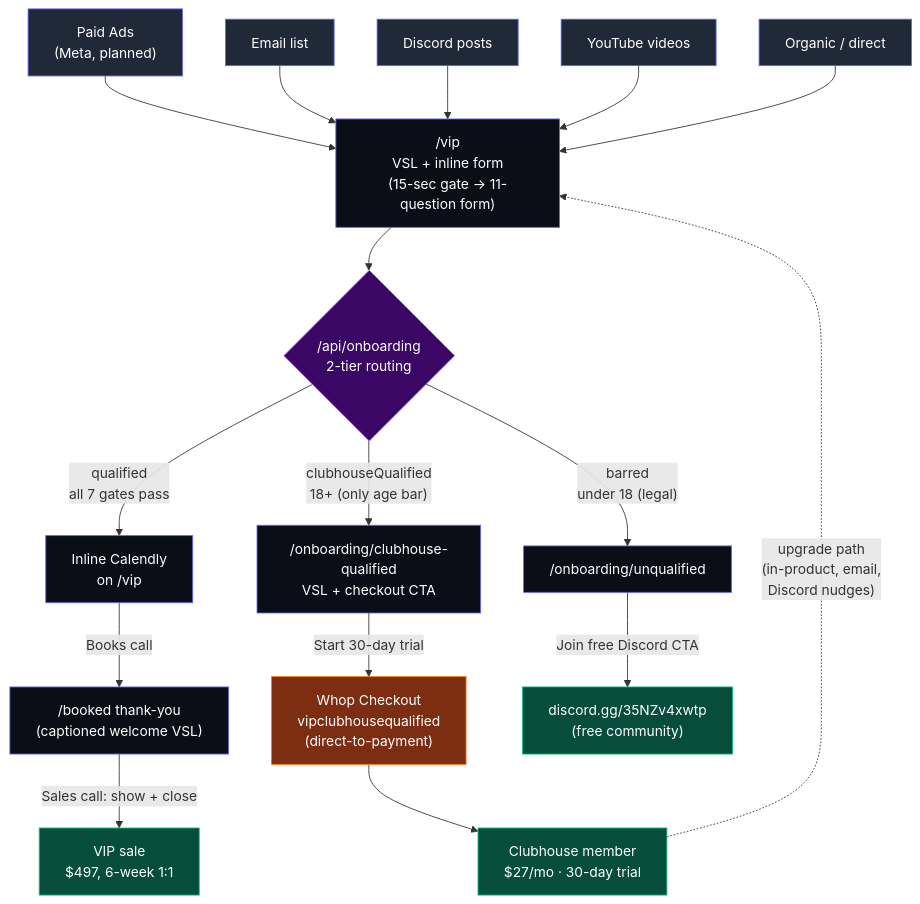
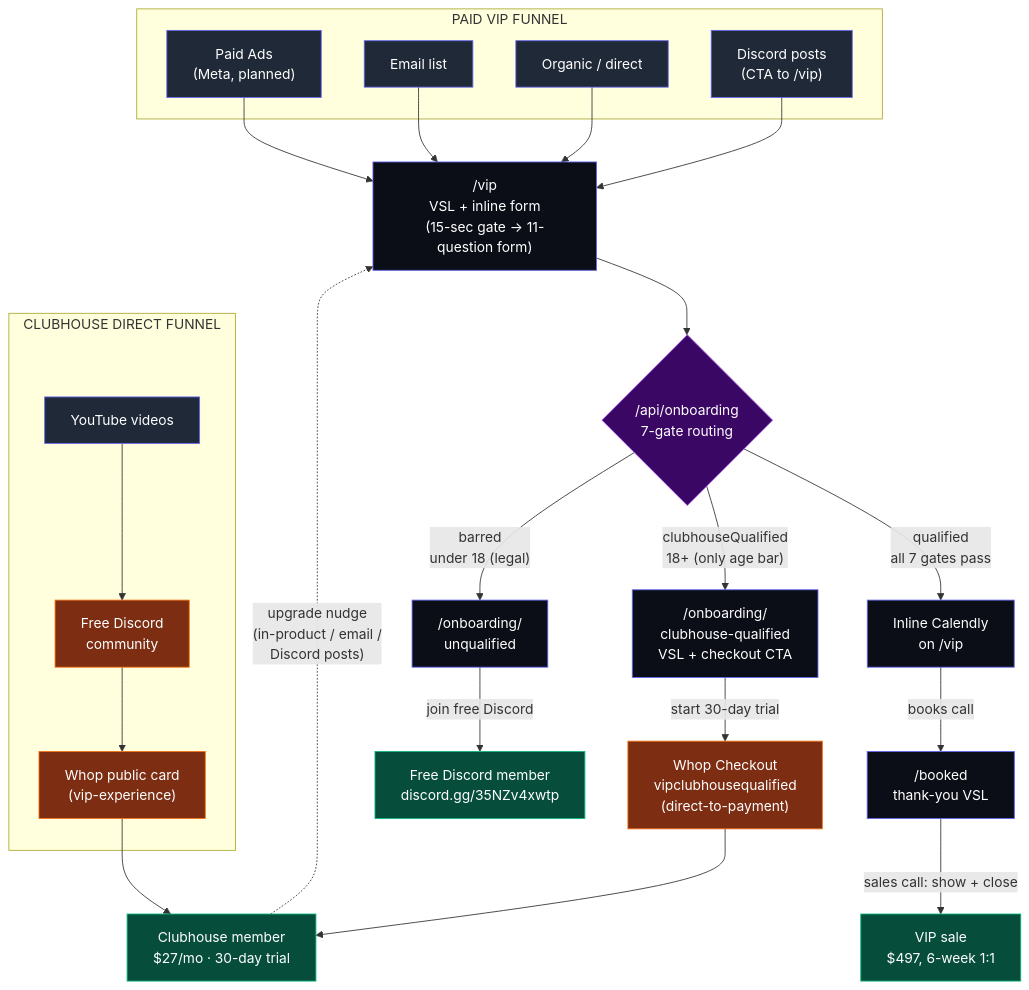
Before and after one commit to lukehansenrl/vip-experience: the diagram in FUNNEL.md, drawn with Mermaid. The commit also changed other lines of this file, not shown here.

First line of the commit message:
FUNNEL.md: restructure as two parallel funnels with three conversion paths

````diff
--- a/FUNNEL.md
+++ b/FUNNEL.md
@@ -17,55 +30,66 @@
 ```mermaid
 flowchart TD
-    %% ── TRAFFIC SOURCES ──
-    S1["Paid Ads<br/>(Meta, planned)"]:::source
-    S2["Email list"]:::source
-    S3["Discord posts"]:::source
-    S4["YouTube videos"]:::source
-    S5["Organic / direct"]:::source
+    %% ========== PAID VIP FUNNEL (left) ==========
+    subgraph paid["PAID VIP FUNNEL"]
+        PA["Paid Ads<br/>(Meta, planned)"]:::source
+        EM["Email list"]:::source
+        OR["Organic / direct"]:::source
+        DP["Discord posts<br/>(CTA to /vip)"]:::source
+    end
 
-    %% All traffic lands on /vip (single top of funnel)
-    S1 --> VIP
-    S2 --> VIP
-    S3 --> VIP
-    S4 --> VIP
-    S5 --> VIP
+    PA --> VIP
+    EM --> VIP
+    OR --> VIP
+    DP --> VIP
 
-    %% ── VIP LANDING ──
     VIP["/vip<br/>VSL + inline form<br/>(15-sec gate → 11-question form)"]:::page
-    VIP --> API{"/api/onboarding<br/>2-tier routing"}:::decision
+    VIP --> API{"/api/onboarding<br/>7-gate routing"}:::decision
 
-    %% ── THREE ROUTING OUTCOMES ──
-    API -->|"qualified<br/>all 7 gates pass"| Qual["Inline Calendly<br/>on /vip"]:::page
-    API -->|"clubhouseQualified<br/>18+ (only age bar)"| CHQ["/onboarding/clubhouse-qualified<br/>VSL + checkout CTA"]:::page
-    API -->|"barred<br/>under 18 (legal)"| Unqual["/onboarding/unqualified"]:::page
+    %% ========== CLUBHOUSE DIRECT FUNNEL (right, parallel) ==========
+    subgraph direct["CLUBHOUSE DIRECT FUNNEL"]
+        YT["YouTube videos"]:::source
+        FD["Free Discord<br/>community"]:::external
+        WC["Whop public card<br/>(vip-experience)"]:::external
+        YT --> FD
+        FD --> WC
+    end
 
-    %% ── VIP PATH (call → close) ──
-    Qual -->|"Books call"| Booked["/booked thank-you<br/>(captioned welcome VSL)"]:::page
-    Booked -->|"Sales call: show + close"| VIPSale["VIP sale<br/>$497, 6-week 1:1"]:::terminal
+    WC --> CM
 
-    %% ── CLUBHOUSE PATH ──
-    CHQ -->|"Start 30-day trial"| Checkout["Whop Checkout<br/>vipclubhousequalified<br/>(direct-to-payment)"]:::external
-    Checkout --> ClubMember["Clubhouse member<br/>$27/mo · 30-day trial"]:::terminal
+    %% ========== ROUTING OUTCOMES (shared) ==========
+    API -->|"qualified<br/>all 7 gates pass"| Cal["Inline Calendly<br/>on /vip"]:::page
+    API -->|"clubhouseQualified<br/>18+ (only age bar)"| CHQ["/onboarding/<br/>clubhouse-qualified<br/>VSL + checkout CTA"]:::page
+    API -->|"barred<br/>under 18 (legal)"| UQ["/onboarding/<br/>unqualified"]:::page
 
-    %% ── UPGRADE LOOP: Clubhouse → VIP ──
-    ClubMember -.->|"upgrade path<br/>(in-product, email,<br/>Discord nudges)"| VIP
+    %% ── Path 2: Direct to VIP ──
+    Cal -->|"books call"| Booked["/booked<br/>thank-you VSL"]:::page
+    Booked -->|"sales call: show + close"| VIPSale["VIP sale<br/>$497, 6-week 1:1"]:::terminal
 
-    %% ── UNQUALIFIED PATH ──
-    Unqual -->|"Join free Discord CTA"| DiscordFree["discord.gg/35NZv4xwtp<br/>(free community)"]:::terminal
+    %% ── Path 1: Direct VSL → Clubhouse ──
+    CHQ -->|"start 30-day trial"| Checkout["Whop Checkout<br/>vipclubhousequalified<br/>(direct-to-payment)"]:::external
+    Checkout --> CM["Clubhouse member<br/>$27/mo · 30-day trial"]:::terminal
 
-    %% ── CLICK-THROUGH LINKS (open in new tab) ──
+    %% ── Unqualified fallback ──
+    UQ -->|"join free Discord"| FDM["Free Discord member<br/>discord.gg/35NZv4xwtp"]:::terminal
+
+    %% ── Path 3: Clubhouse Direct → VIP upgrade loop ──
+    CM -.->|"upgrade nudge<br/>(in-product / email /<br/>Discord posts)"| VIP
+
+    %% ========== CLICK-THROUGH LINKS ==========
     click VIP "https://vip-experience.vercel.app/vip" _blank
-    click Qual "https://vip-experience.vercel.app/vip" _blank
+    click Cal "https://vip-experience.vercel.app/vip" _blank
     click CHQ "https://vip-experience.vercel.app/onboarding/clubhouse-qualified" _blank
-    click Unqual "https://vip-experience.vercel.app/onboarding/unqualified" _blank
+    click UQ "https://vip-experience.vercel.app/onboarding/unqualified" _blank
     click Booked "https://vip-experience.vercel.app/booked" _blank
     click Checkout "https://whop.com/c/gcbcommunity/vipclubhousequalified" _blank
-    click DiscordFree "https://discord.gg/35NZv4xwtp" _blank
+    click WC "https://whop.com/c/gcbcommunity/vip-experience" _blank
+    click FD "https://discord.gg/35NZv4xwtp" _blank
+    click FDM "https://discord.gg/35NZv4xwtp" _blank
 
-    %% ── STYLING ──
+    %% ========== STYLING ==========
     classDef source fill:#1f2937,stroke:#6366f1,color:#fff
     classDef page fill:#0b0e17,stroke:#6366f1,color:#fff
     classDef decision fill:#3b0764,stroke:#a855f7,color:#fff
     classDef external fill:#7c2d12,stroke:#f97316,color:#fff
     classDef terminal fill:#064e3b,stroke:#10b981,color:#fff
 ```
````
